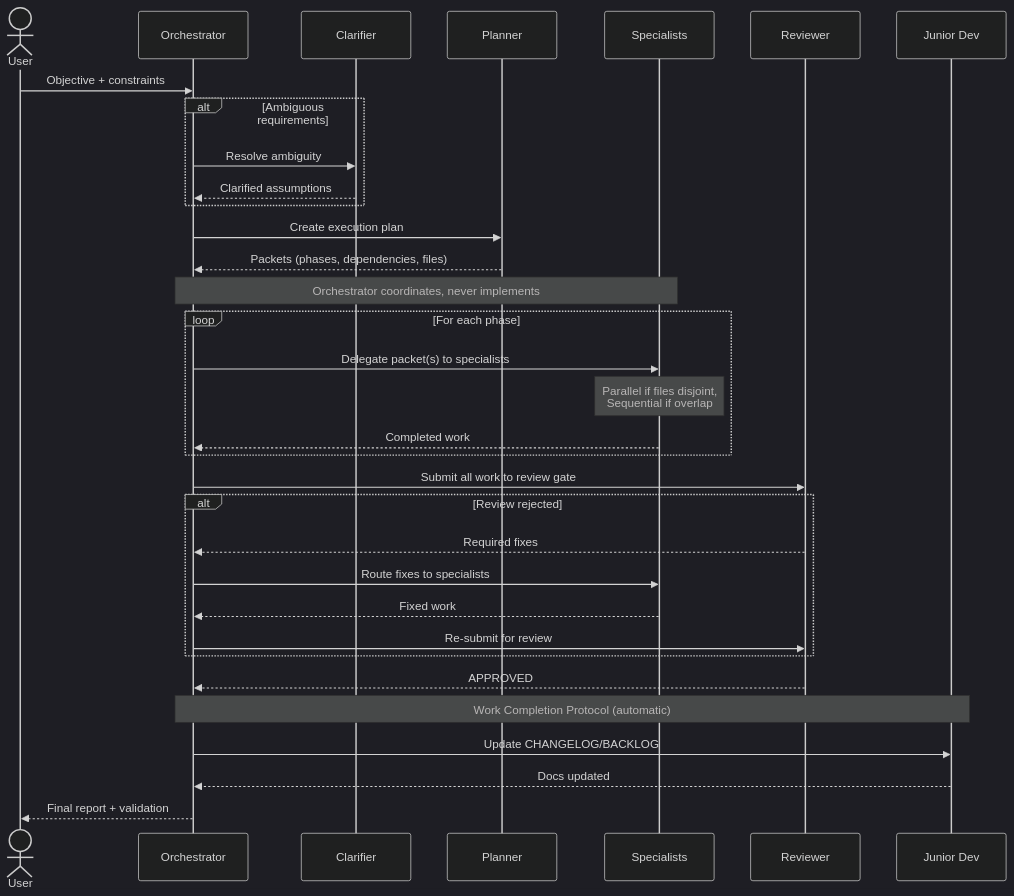
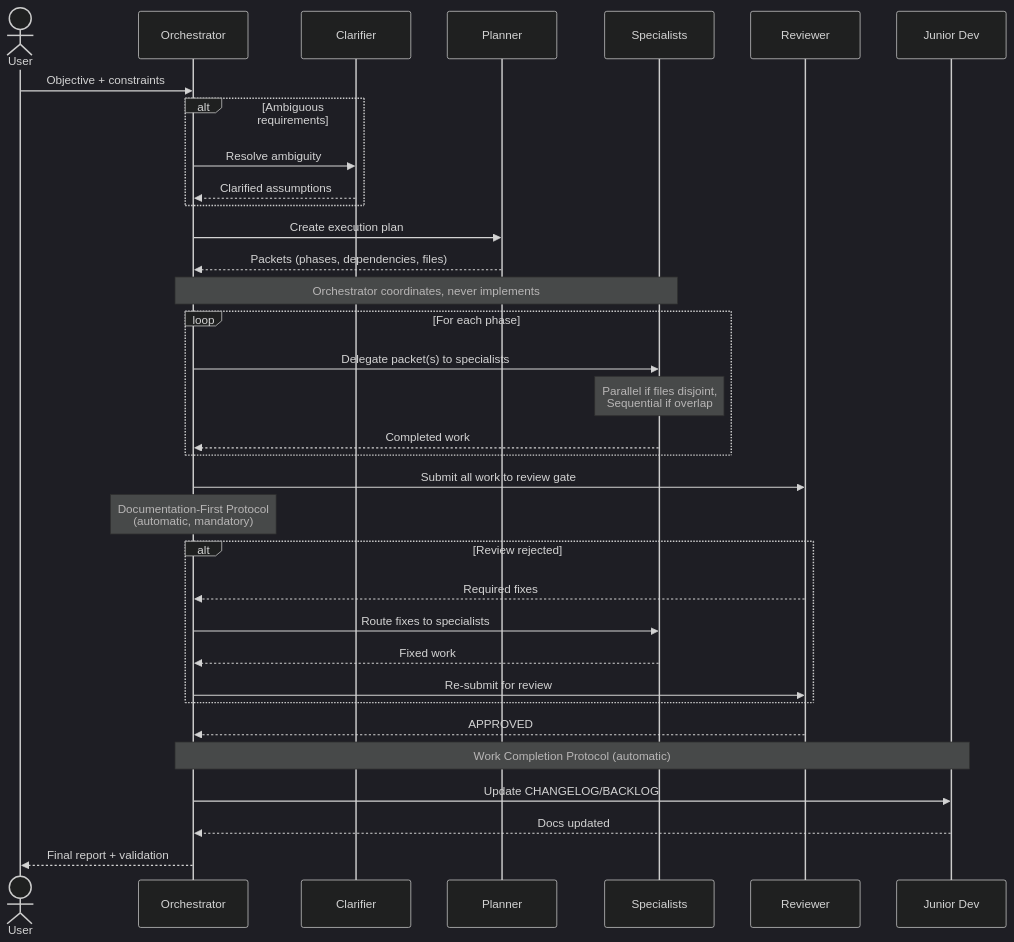
One commit to ddevalco/devops-agent-orchestra changed the second of 2 diagrams in README.md. Above: the diagram before and after it, drawn with Mermaid (dark theme). The commit also changed other lines of this file and 4 other files, not shown here.

First line of the commit message:
feat(orchestrator): add Documentation-First Completion Protocol

````diff
--- a/README.md
+++ b/README.md
@@ -59,45 +59,47 @@
 ```mermaid
 sequenceDiagram
     actor U as User
     participant O as Orchestrator
     participant C as Clarifier
     participant P as Planner
     participant S as Specialists
     participant R as Reviewer
     participant J as Junior Dev
 
     U->>O: Objective + constraints
     
     alt Ambiguous requirements
         O->>C: Resolve ambiguity
         C-->>O: Clarified assumptions
     end
     
     O->>P: Create execution plan
     P-->>O: Packets (phases, dependencies, files)
     
     Note over O,S: Orchestrator coordinates, never implements
     
     loop For each phase
         O->>S: Delegate packet(s) to specialists
         Note over S: Parallel if files disjoint,<br/>Sequential if overlap
         S-->>O: Completed work
     end
     
     O->>R: Submit all work to review gate
     
+    Note over O: Documentation-First Protocol<br/>(automatic, mandatory)
+    
     alt Review rejected
         R-->>O: Required fixes
         O->>S: Route fixes to specialists
         S-->>O: Fixed work
         O->>R: Re-submit for review
     end
     
     R-->>O: APPROVED
     
     Note over O,J: Work Completion Protocol (automatic)
     O->>J: Update CHANGELOG/BACKLOG
     J-->>O: Docs updated
     
     O-->>U: Final report + validation
 ```
````
